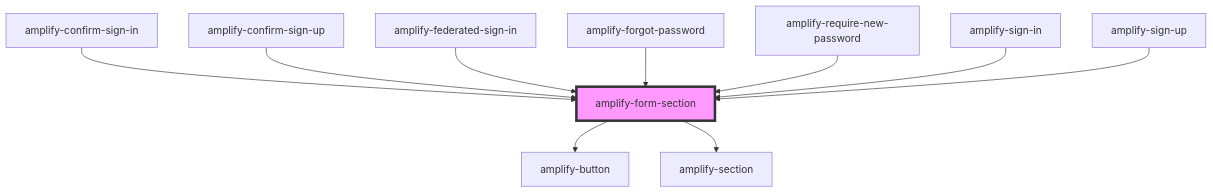
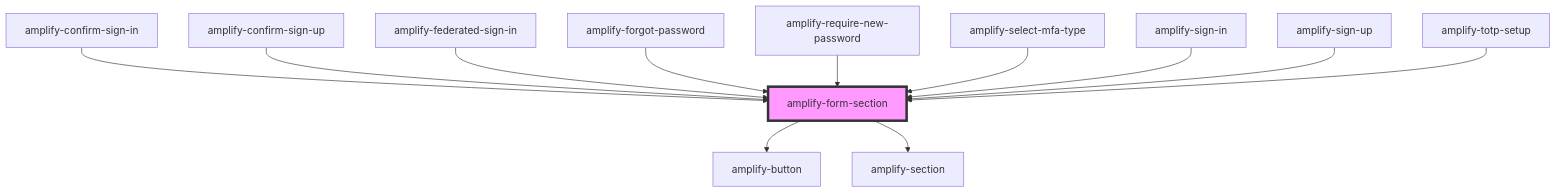
One commit to OneDev0411/amplify-js changed the diagram in packages/amplify-ui-components/src/components/amplify-form-section/readme.md. Above: the diagram before and after it, drawn with Mermaid. The commit also changed other lines of this file and 30 other files, not shown here.

First line of the commit message:
feat: (@aws-amplify/ui-components) TOTP / Select MFA Type Components (#4548)

````diff
--- a/packages/amplify-ui-components/src/components/amplify-form-section/readme.md
+++ b/packages/amplify-ui-components/src/components/amplify-form-section/readme.md
@@ -36,13 +38,15 @@
 ```mermaid
 graph TD;
   amplify-form-section --> amplify-button
   amplify-form-section --> amplify-section
   amplify-confirm-sign-in --> amplify-form-section
   amplify-confirm-sign-up --> amplify-form-section
   amplify-federated-sign-in --> amplify-form-section
   amplify-forgot-password --> amplify-form-section
   amplify-require-new-password --> amplify-form-section
+  amplify-select-mfa-type --> amplify-form-section
   amplify-sign-in --> amplify-form-section
   amplify-sign-up --> amplify-form-section
+  amplify-totp-setup --> amplify-form-section
   style amplify-form-section fill:#f9f,stroke:#333,stroke-width:4px
 ```
````
